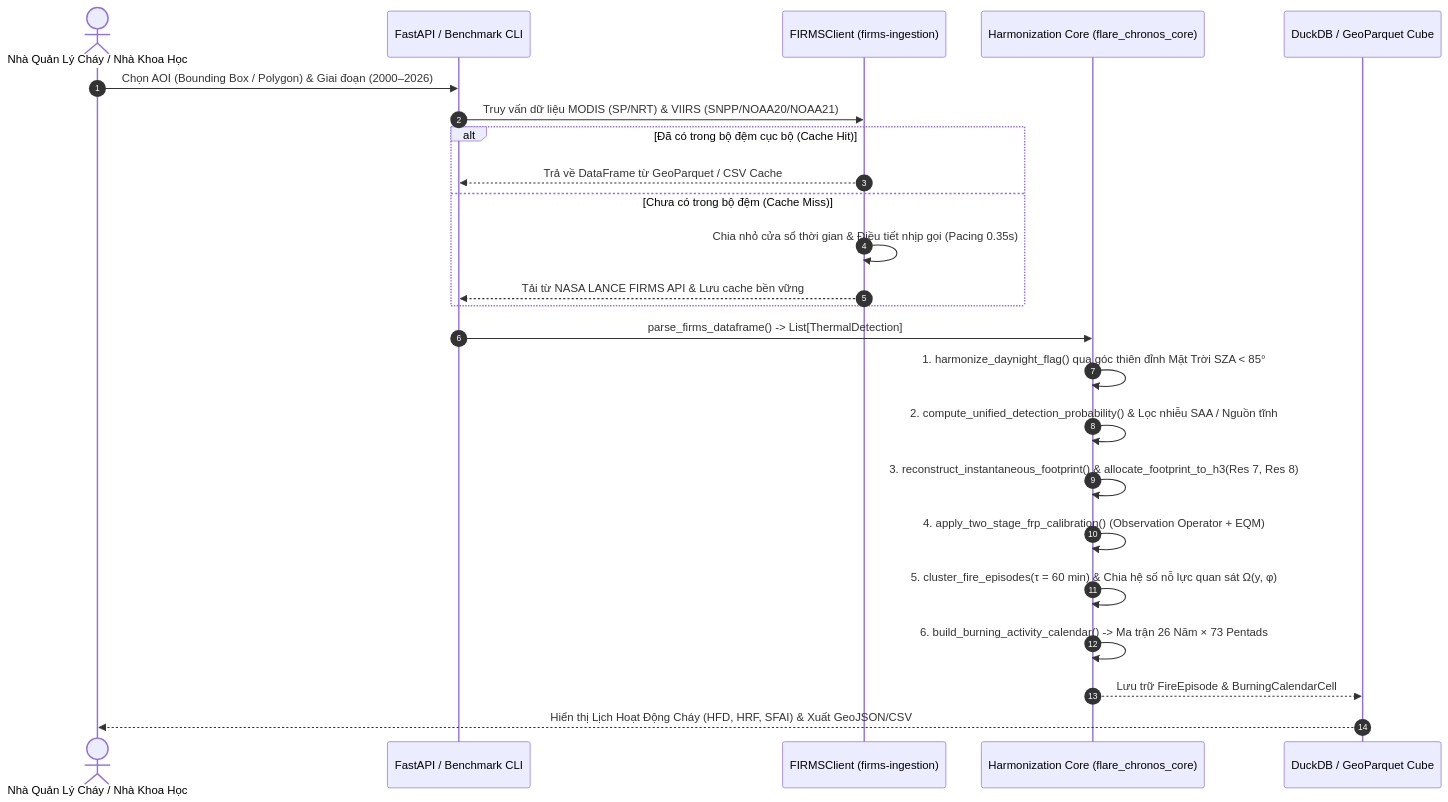
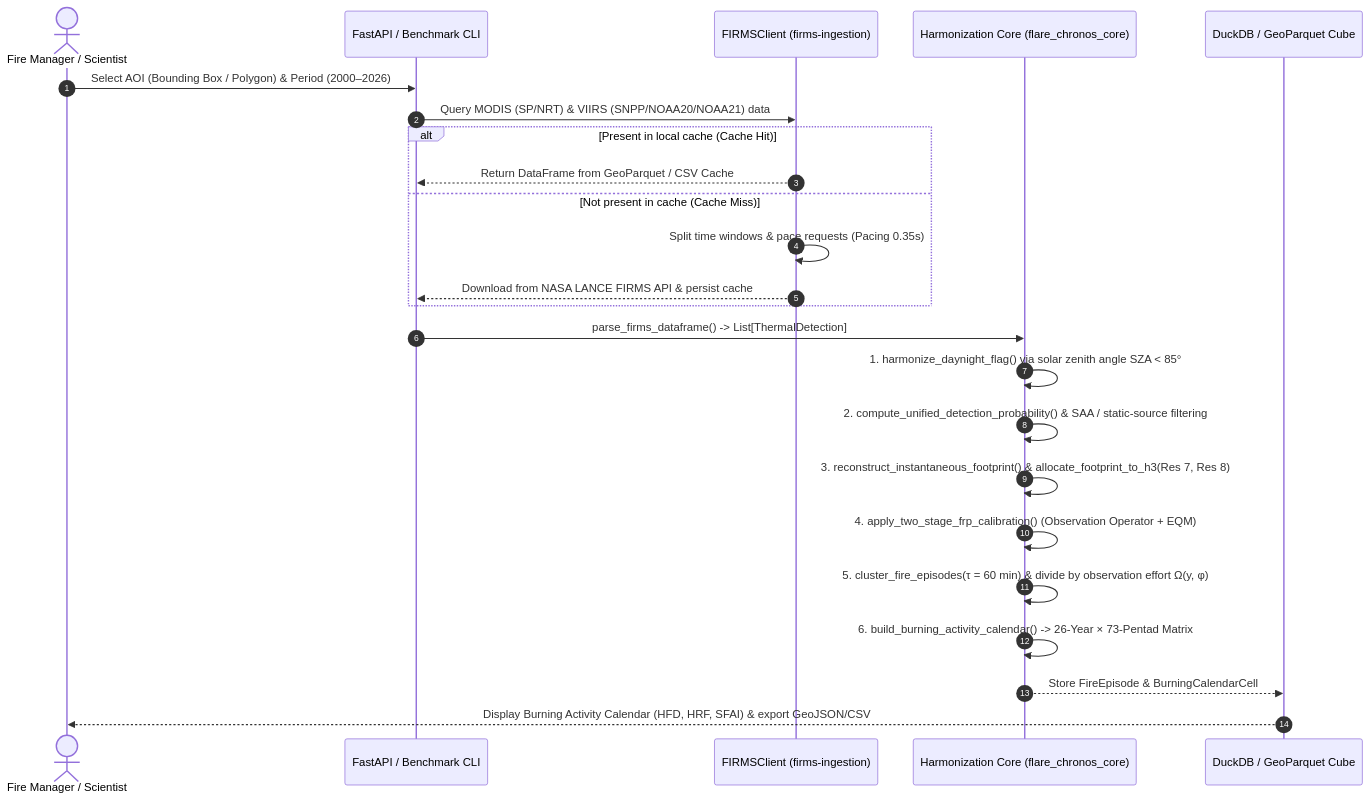
One commit to the-aris-club/flare-chronos changed the second of 2 diagrams in docs/03_System_Architecture_and_Data_Pipeline.md. Above: the diagram before and after it, drawn with Mermaid. The commit also changed other lines of this file and 10 other files, not shown here.

````diff
--- a/docs/03_System_Architecture_and_Data_Pipeline.md
+++ b/docs/03_System_Architecture_and_Data_Pipeline.md
@@ -145,28 +145,28 @@
 ```mermaid
 sequenceDiagram
     autonumber
-    actor User as Nhà Quản Lý Cháy / Nhà Khoa Học
+    actor User as Fire Manager / Scientist
     participant API as FastAPI / Benchmark CLI
     participant Ingest as FIRMSClient (firms-ingestion)
     participant Core as Harmonization Core (flare_chronos_core)
     participant DB as DuckDB / GeoParquet Cube
 
-    User->>API: Chọn AOI (Bounding Box / Polygon) & Giai đoạn (2000–2026)
-    API->>Ingest: Truy vấn dữ liệu MODIS (SP/NRT) & VIIRS (SNPP/NOAA20/NOAA21)
-    alt Đã có trong bộ đệm cục bộ (Cache Hit)
-        Ingest-->>API: Trả về DataFrame từ GeoParquet / CSV Cache
-    else Chưa có trong bộ đệm (Cache Miss)
-        Ingest->>Ingest: Chia nhỏ cửa sổ thời gian & Điều tiết nhịp gọi (Pacing 0.35s)
-        Ingest-->>API: Tải từ NASA LANCE FIRMS API & Lưu cache bền vững
+    User->>API: Select AOI (Bounding Box / Polygon) & Period (2000–2026)
+    API->>Ingest: Query MODIS (SP/NRT) & VIIRS (SNPP/NOAA20/NOAA21) data
+    alt Present in local cache (Cache Hit)
+        Ingest-->>API: Return DataFrame from GeoParquet / CSV Cache
+    else Not present in cache (Cache Miss)
+        Ingest->>Ingest: Split time windows & pace requests (Pacing 0.35s)
+        Ingest-->>API: Download from NASA LANCE FIRMS API & persist cache
     end
 
     API->>Core: parse_firms_dataframe() -> List[ThermalDetection]
-    Core->>Core: 1. harmonize_daynight_flag() qua góc thiên đỉnh Mặt Trời SZA < 85°
-    Core->>Core: 2. compute_unified_detection_probability() & Lọc nhiễu SAA / Nguồn tĩnh
+    Core->>Core: 1. harmonize_daynight_flag() via solar zenith angle SZA < 85°
+    Core->>Core: 2. compute_unified_detection_probability() & SAA / static-source filtering
     Core->>Core: 3. reconstruct_instantaneous_footprint() & allocate_footprint_to_h3(Res 7, Res 8)
     Core->>Core: 4. apply_two_stage_frp_calibration() (Observation Operator + EQM)
-    Core->>Core: 5. cluster_fire_episodes(τ = 60 min) & Chia hệ số nỗ lực quan sát Ω(y, φ)
-    Core->>Core: 6. build_burning_activity_calendar() -> Ma trận 26 Năm × 73 Pentads
-    Core-->>DB: Lưu trữ FireEpisode & BurningCalendarCell
-    DB-->>User: Hiển thị Lịch Hoạt Động Cháy (HFD, HRF, SFAI) & Xuất GeoJSON/CSV
+    Core->>Core: 5. cluster_fire_episodes(τ = 60 min) & divide by observation effort Ω(y, φ)
+    Core->>Core: 6. build_burning_activity_calendar() -> 26-Year × 73-Pentad Matrix
+    Core-->>DB: Store FireEpisode & BurningCalendarCell
+    DB-->>User: Display Burning Activity Calendar (HFD, HRF, SFAI) & export GeoJSON/CSV
 ```
````
